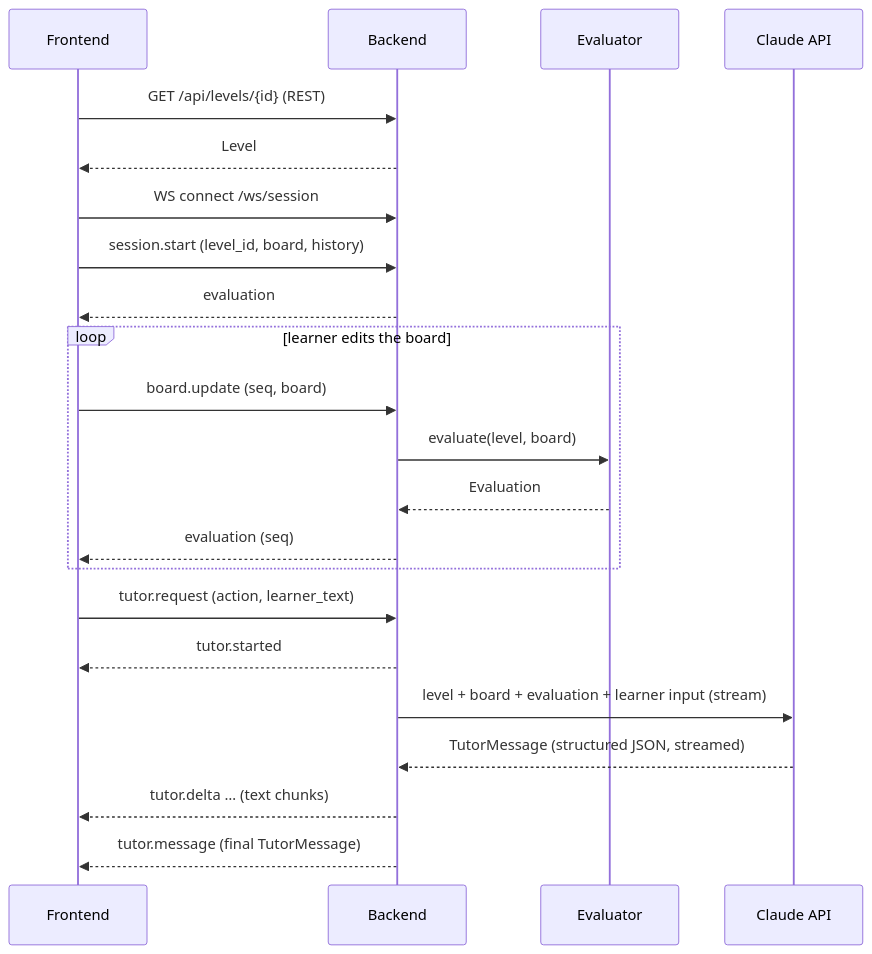
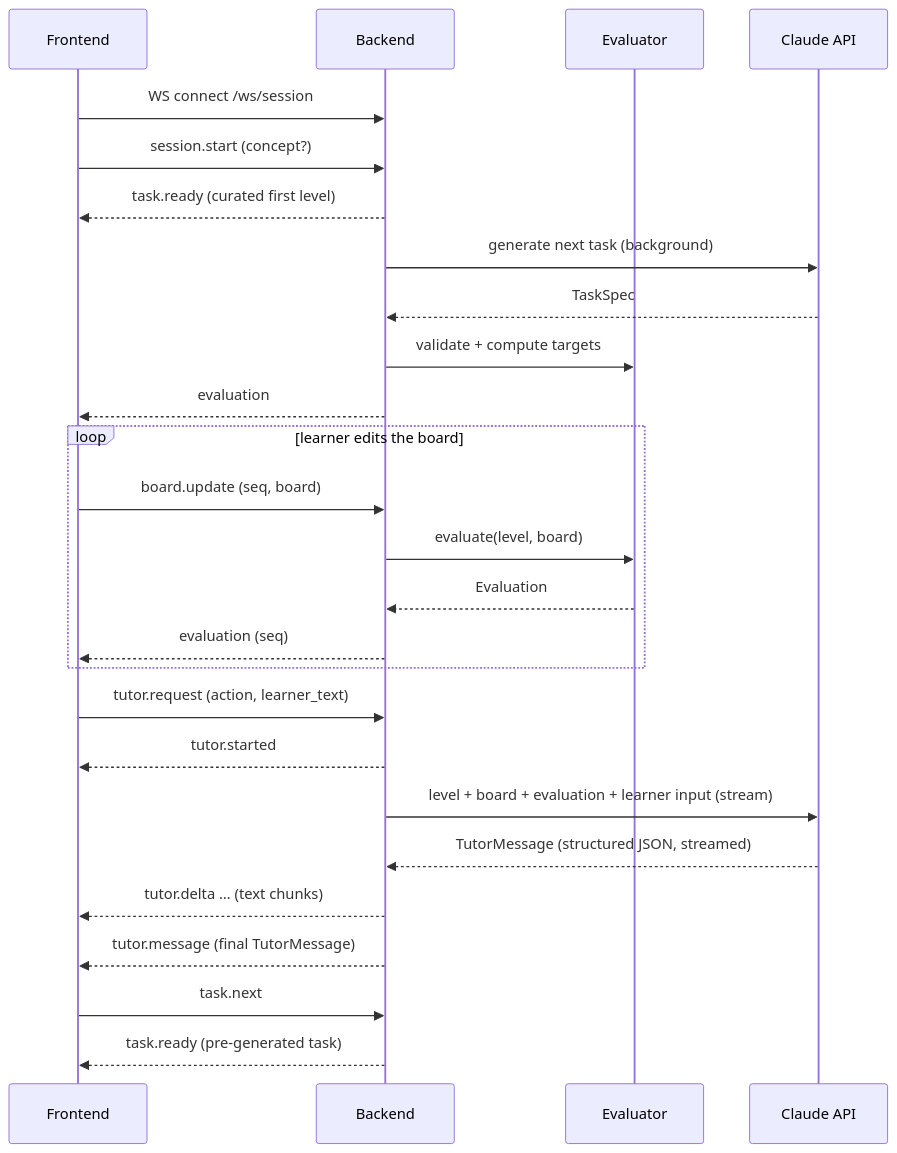
One commit to VOxFF/schematics-ai-tutor changed the diagram in docs/contract.md. Above: the diagram before and after it, drawn with Mermaid. The commit also changed other lines of this file and 4 other files, not shown here.

First line of the commit message:
Document the task flow: Claude-generated tasks, validation and grading

````diff
--- a/docs/contract.md
+++ b/docs/contract.md
@@ -5,25 +5,29 @@
 ```mermaid
 sequenceDiagram
     participant FE as Frontend
     participant BE as Backend
     participant EV as Evaluator
     participant C as Claude API
 
-    FE->>BE: GET /api/levels/{id} (REST)
-    BE-->>FE: Level
     FE->>BE: WS connect /ws/session
-    FE->>BE: session.start (level_id, board, history)
+    FE->>BE: session.start (concept?)
+    BE-->>FE: task.ready (curated first level)
+    BE->>C: generate next task (background)
+    C-->>BE: TaskSpec
+    BE->>EV: validate + compute targets
     BE-->>FE: evaluation
     loop learner edits the board
         FE->>BE: board.update (seq, board)
         BE->>EV: evaluate(level, board)
         EV-->>BE: Evaluation
         BE-->>FE: evaluation (seq)
     end
     FE->>BE: tutor.request (action, learner_text)
     BE-->>FE: tutor.started
     BE->>C: level + board + evaluation + learner input (stream)
     C-->>BE: TutorMessage (structured JSON, streamed)
     BE-->>FE: tutor.delta … (text chunks)
     BE-->>FE: tutor.message (final TutorMessage)
+    FE->>BE: task.next
+    BE-->>FE: task.ready (pre-generated task)
 ```
````
